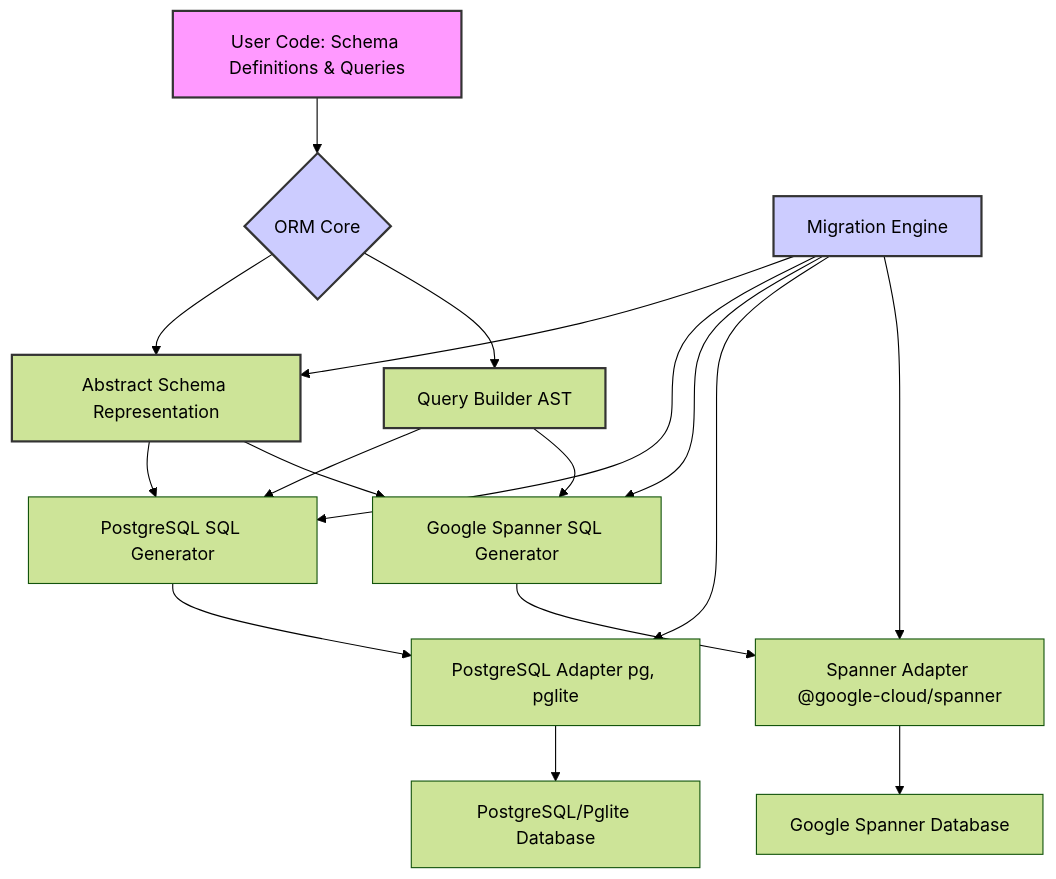
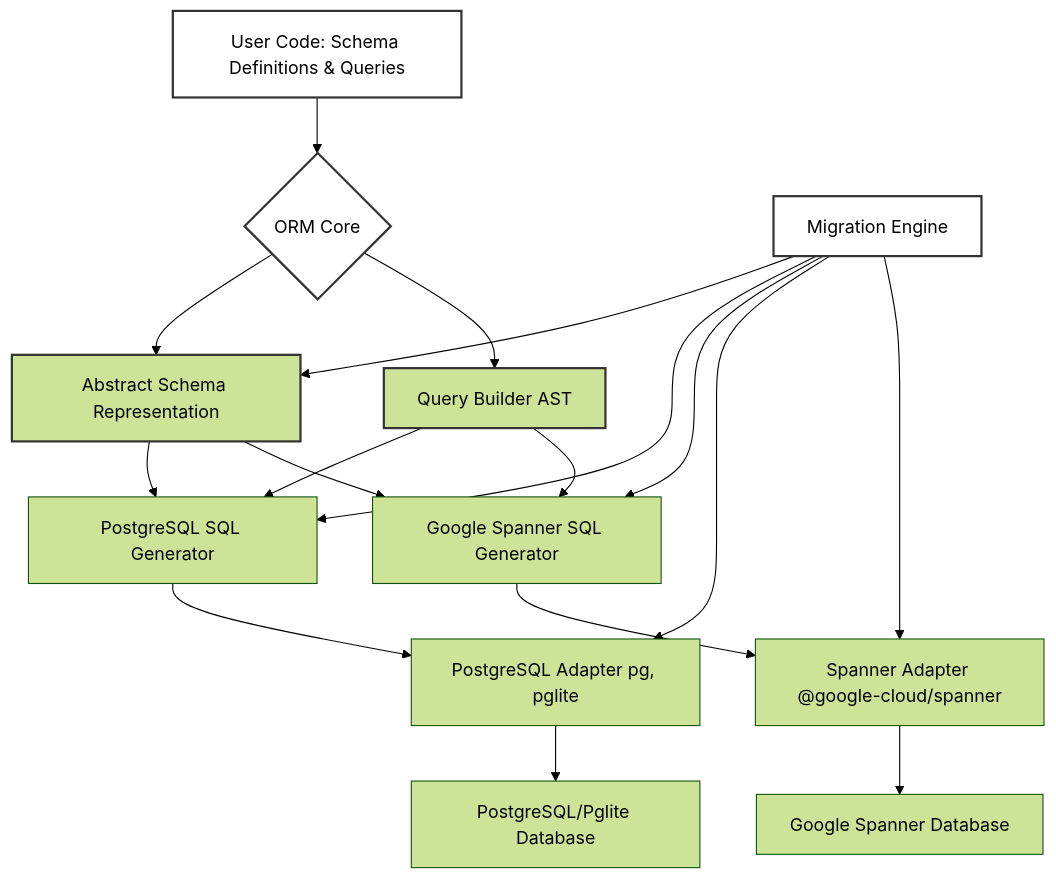
One commit to Flux159/spanner-orm changed the diagram in README.md. Above: the diagram before and after it, drawn with Mermaid (forest theme).

Commit message:
Update readme
Summary:

Test Plan:

````diff
--- a/README.md
+++ b/README.md
@@ -30,26 +30,26 @@
 ```mermaid
 graph TD
     A[User Code: Schema Definitions & Queries] --> B{ORM Core};
     B --> C[Abstract Schema Representation];
     C --> D1[PostgreSQL SQL Generator];
     C --> D2[Google Spanner SQL Generator];
     B --> E[Query Builder AST];
     E --> D1;
     E --> D2;
     D1 --> F1[PostgreSQL Adapter pg, pglite];
     D2 --> F2[Spanner Adapter @google-cloud/spanner];
     F1 --> G1[PostgreSQL/Pglite Database];
     F2 --> G2[Google Spanner Database];
 
     M[Migration Engine] --> C;
     M --> D1;
     M --> D2;
     M --> F1;
     M --> F2;
 
-    style A fill:#f9f,stroke:#333,stroke-width:2px
-    style B fill:#ccf,stroke:#333,stroke-width:2px
+    style A fill:#fff,color:#000,stroke:#333,stroke-width:2px
+    style B fill:#fff,color:#000,stroke:#333,stroke-width:2px
     style C fill:#lightgrey,stroke:#333,stroke-width:2px
     style E fill:#lightgrey,stroke:#333,stroke-width:2px
-    style M fill:#ccf,stroke:#333,stroke-width:2px
+    style M fill:#fff,color:#000,stroke:#333,stroke-width:2px
 ```
````
